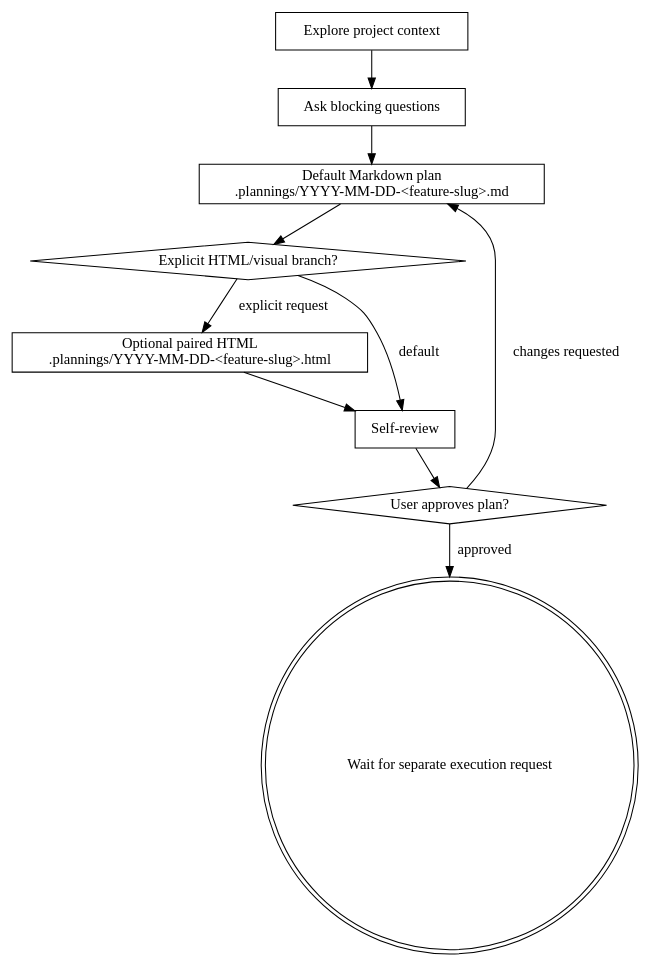
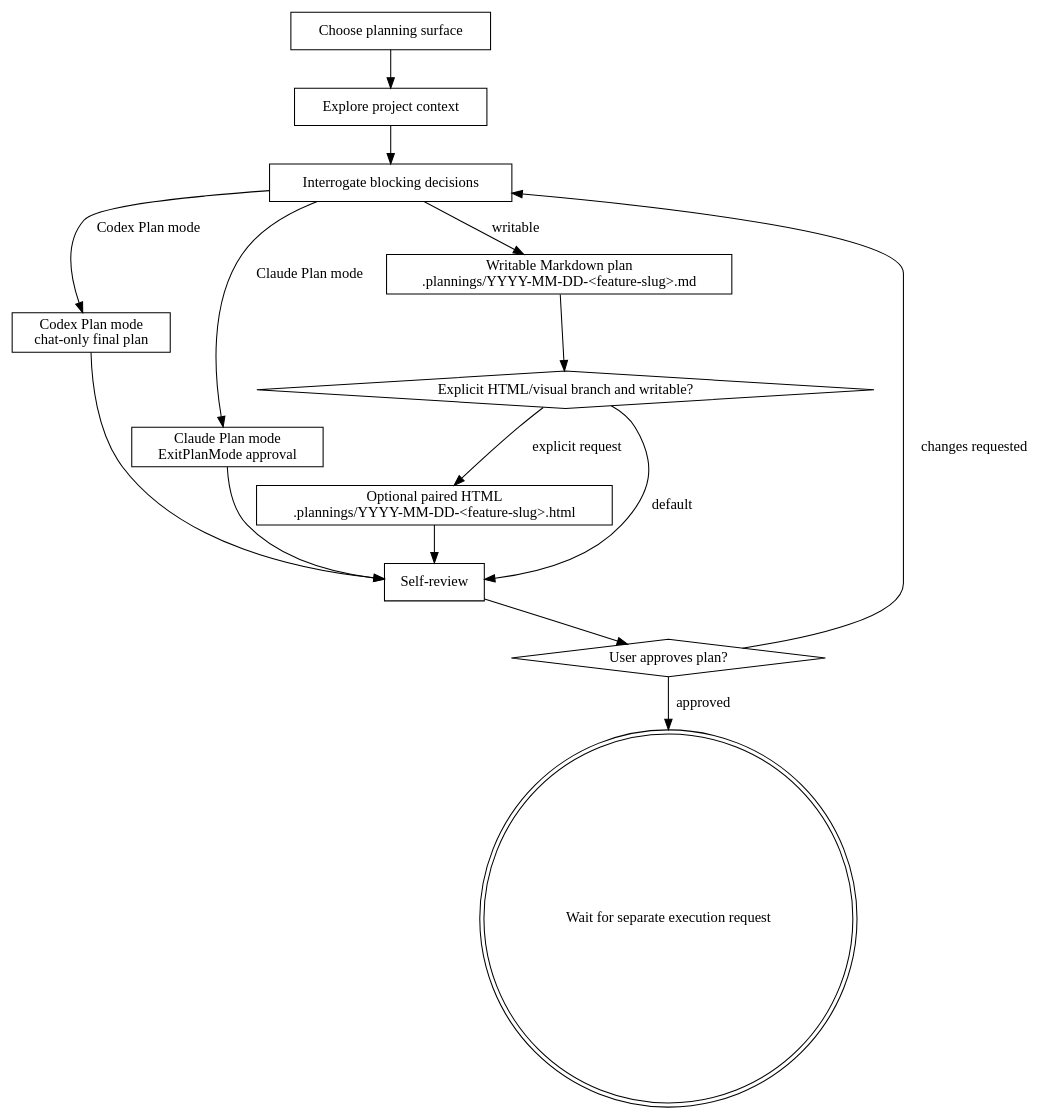
One commit to bahayonghang/my-ai-cli-toolkit changed the diagram in skills/development-workflows/spark/SKILL.md. Above: the diagram before and after it, drawn with Graphviz. The commit also changed other lines of this file and 6 other files, not shown here.

First line of the commit message:
feat(spark): [AI] ✨ 支持平台化 Plan mode 规划

````diff
--- a/skills/development-workflows/spark/SKILL.md
+++ b/skills/development-workflows/spark/SKILL.md
@@ -46,29 +52,42 @@
 ```dot
 digraph spark_plan {
+    "Choose planning surface" [shape=box];
     "Explore project context" [shape=box];
-    "Ask blocking questions" [shape=box];
-    "Default Markdown plan
+    "Interrogate blocking decisions" [shape=box];
+    "Codex Plan mode
+chat-only final plan" [shape=box];
+    "Claude Plan mode
+ExitPlanMode approval" [shape=box];
+    "Writable Markdown plan
 .plannings/YYYY-MM-DD-<feature-slug>.md" [shape=box];
-    "Explicit HTML/visual branch?" [shape=diamond];
+    "Explicit HTML/visual branch and writable?" [shape=diamond];
     "Optional paired HTML
 .plannings/YYYY-MM-DD-<feature-slug>.html" [shape=box];
     "Self-review" [shape=box];
     "User approves plan?" [shape=diamond];
     "Wait for separate execution request" [shape=doublecircle];
 
-    "Explore project context" -> "Ask blocking questions";
-    "Ask blocking questions" -> "Default Markdown plan
-.plannings/YYYY-MM-DD-<feature-slug>.md";
-    "Default Markdown plan
-.plannings/YYYY-MM-DD-<feature-slug>.md" -> "Explicit HTML/visual branch?";
-    "Explicit HTML/visual branch?" -> "Optional paired HTML
+    "Choose planning surface" -> "Explore project context";
+    "Explore project context" -> "Interrogate blocking decisions";
+    "Interrogate blocking decisions" -> "Codex Plan mode
+chat-only final plan" [label="Codex Plan mode"];
+    "Interrogate blocking decisions" -> "Claude Plan mode
+ExitPlanMode approval" [label="Claude Plan mode"];
+    "Interrogate blocking decisions" -> "Writable Markdown plan
+.plannings/YYYY-MM-DD-<feature-slug>.md" [label="writable"];
+    "Writable Markdown plan
+.plannings/YYYY-MM-DD-<feature-slug>.md" -> "Explicit HTML/visual branch and writable?";
+    "Explicit HTML/visual branch and writable?" -> "Optional paired HTML
 .plannings/YYYY-MM-DD-<feature-slug>.html" [label="explicit request"];
-    "Explicit HTML/visual branch?" -> "Self-review" [label="default"];
+    "Explicit HTML/visual branch and writable?" -> "Self-review" [label="default"];
     "Optional paired HTML
 .plannings/YYYY-MM-DD-<feature-slug>.html" -> "Self-review";
+    "Codex Plan mode
+chat-only final plan" -> "Self-review";
+    "Claude Plan mode
+ExitPlanMode approval" -> "Self-review";
     "Self-review" -> "User approves plan?";
-    "User approves plan?" -> "Default Markdown plan
-.plannings/YYYY-MM-DD-<feature-slug>.md" [label="changes requested"];
+    "User approves plan?" -> "Interrogate blocking decisions" [label="changes requested"];
     "User approves plan?" -> "Wait for separate execution request" [label="approved"];
 }
 ```
````
